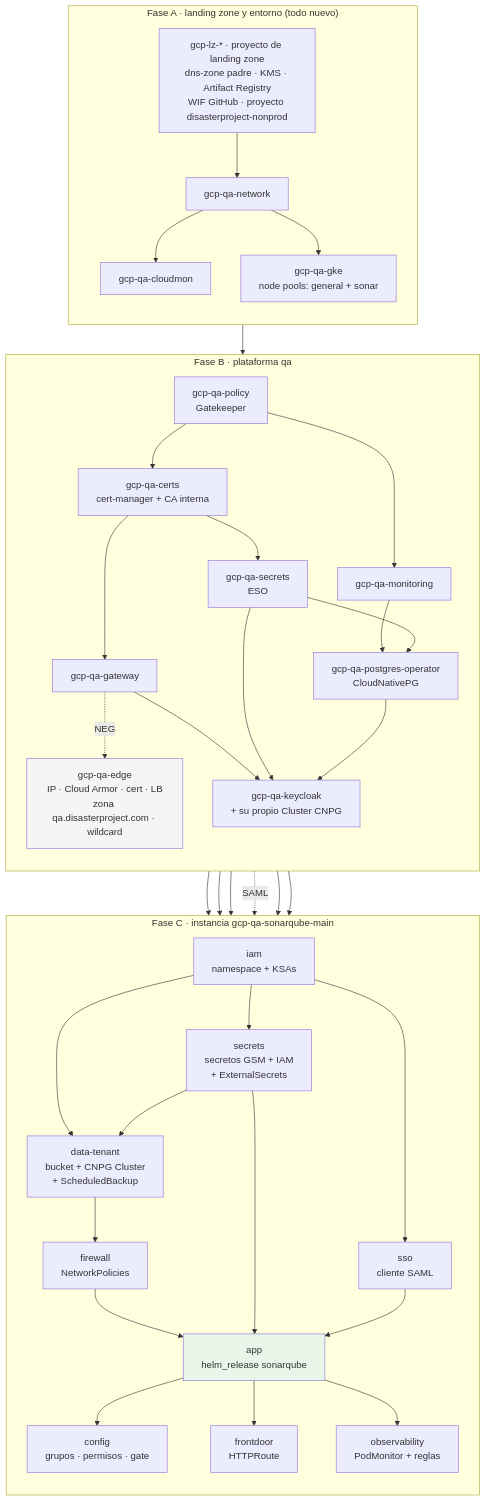
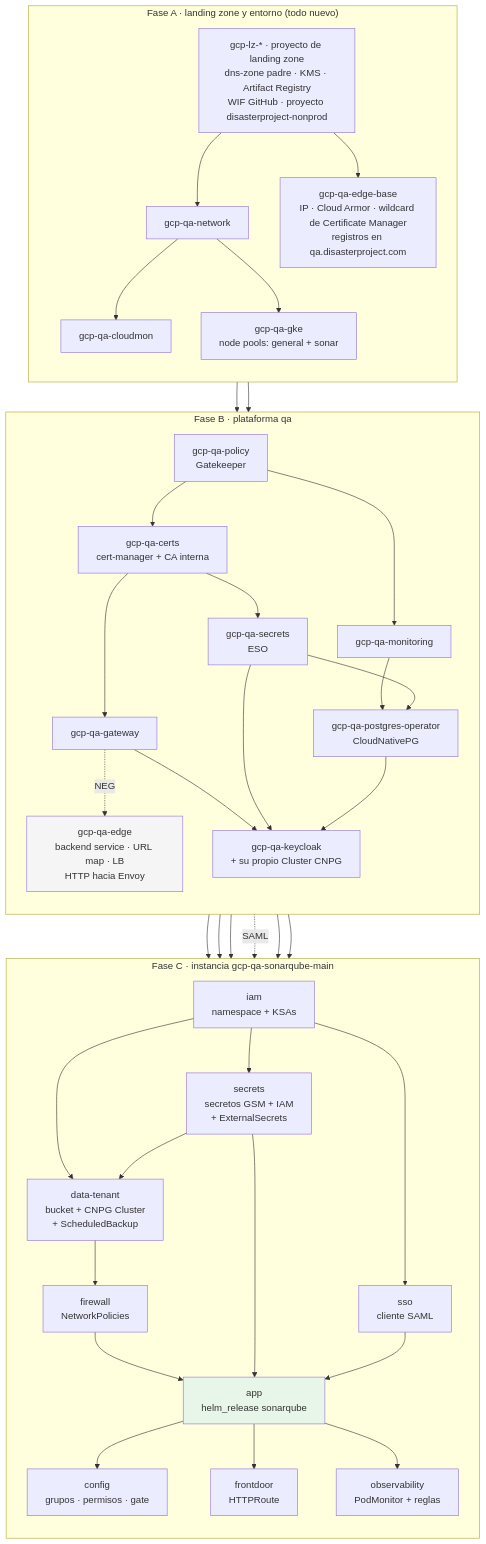
The diagram in docs/es/proposals/sonarqube-qa/diagrams/03-orden-despliegue.mmd (aescanero/proposal_documents), drawn with Mermaid before and after one commit. The commit also changed 53 other files, not shown here.

First line of the commit message:
Edge depends only downward: GLB to Envoy over HTTP (en and es)

```diff
--- a/docs/es/proposals/sonarqube-qa/diagrams/03-orden-despliegue.mmd
+++ b/docs/es/proposals/sonarqube-qa/diagrams/03-orden-despliegue.mmd
@@ -1,47 +1,49 @@
 flowchart TD
     subgraph Z["Fase A · landing zone y entorno (todo nuevo)"]
         direction TB
         LZ["gcp-lz-* · proyecto de landing zone<br/>dns-zone padre · KMS · Artifact Registry<br/>WIF GitHub · proyecto disasterproject-nonprod"] --> N["gcp-qa-network"]
         N --> CM["gcp-qa-cloudmon"]
         N --> C["gcp-qa-gke<br/>node pools: general + sonar"]
+        LZ --> EB["gcp-qa-edge-base<br/>IP · Cloud Armor · wildcard de Certificate Manager<br/>registros en qa.disasterproject.com"]
     end
 
     subgraph P["Fase B · plataforma qa"]
         direction TB
         C --> PO["gcp-qa-policy<br/>Gatekeeper"]
         PO --> CE["gcp-qa-certs<br/>cert-manager + CA interna"]
         PO --> M["gcp-qa-monitoring"]
         CE --> S1["gcp-qa-secrets<br/>ESO"]
         CE --> GW["gcp-qa-gateway"]
-        GW -. "NEG" .-> ED["gcp-qa-edge<br/>IP · Cloud Armor · cert · LB<br/>zona qa.disasterproject.com · wildcard"]
+        GW -. "NEG" .-> ED["gcp-qa-edge<br/>backend service · URL map · LB<br/>HTTP hacia Envoy"]
+        EB --> ED
         S1 --> DB["gcp-qa-postgres-operator<br/>CloudNativePG"]
         M --> DB
         DB --> KC["gcp-qa-keycloak<br/>+ su propio Cluster CNPG"]
         S1 --> KC
         GW --> KC
     end
 
     subgraph I["Fase C · instancia gcp-qa-sonarqube-main"]
         direction TB
         IAM["iam<br/>namespace + KSAs"] --> SEC["secrets<br/>secretos GSM + IAM<br/>+ ExternalSecrets"]
         IAM --> DATA["data-tenant<br/>bucket + CNPG Cluster<br/>+ ScheduledBackup"]
         SEC --> DATA
         DATA --> FW["firewall<br/>NetworkPolicies"]
         FW --> APP["app<br/>helm_release sonarqube"]
         SEC --> APP
         IAM --> SSO["sso<br/>cliente SAML"]
         SSO --> APP
         APP --> CFG["config<br/>grupos · permisos · gate"]
         APP --> FD["frontdoor<br/>HTTPRoute"]
         APP --> OBS["observability<br/>PodMonitor + reglas"]
     end
 
     S1 --> SEC
     DB --> DATA
     KC --> SSO
     KC -. "SAML" .-> APP
     GW --> FD
     M --> OBS
 
     style ED fill:#f5f5f5
     style APP fill:#e8f5e9
```
